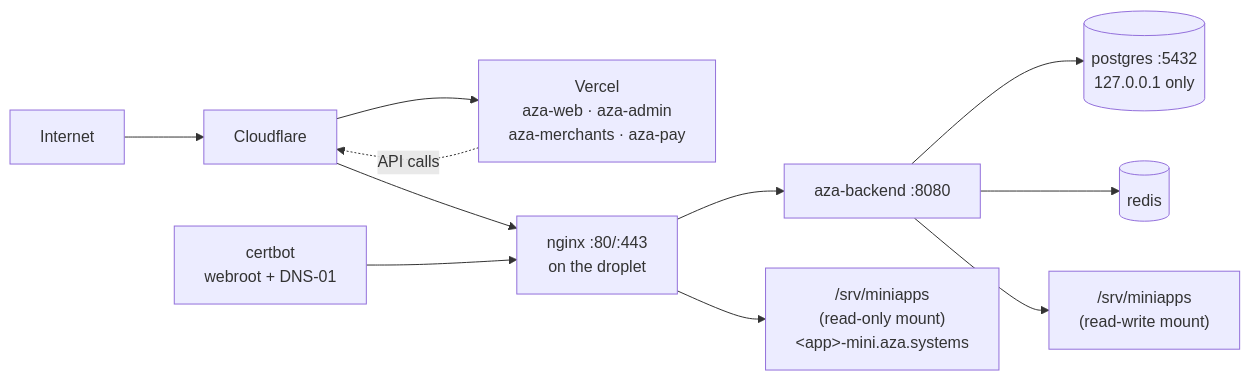
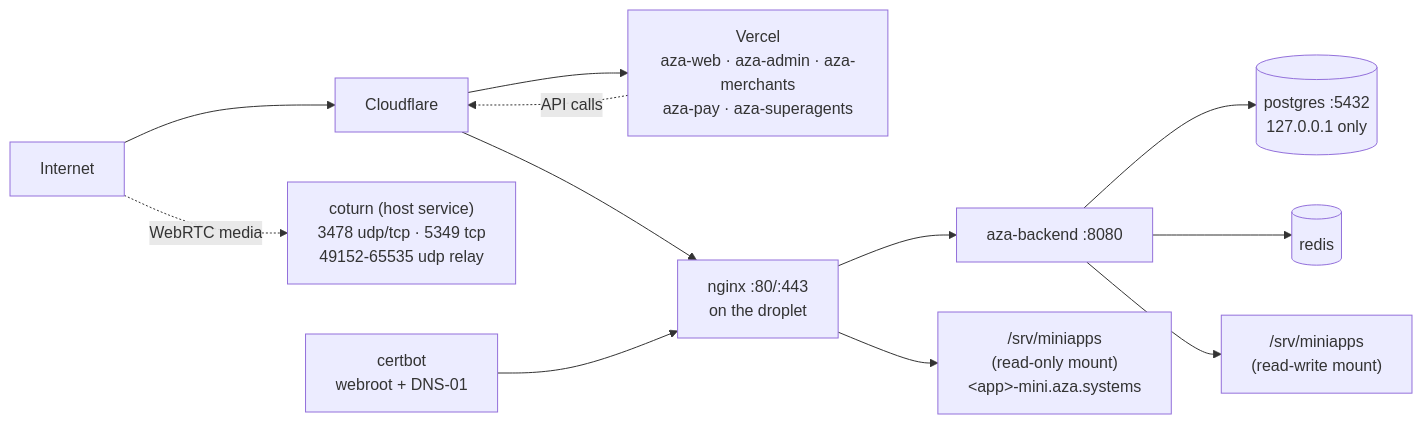
The third of 3 diagrams in docs/thesis/04-system-architecture.md (AZ-SPACES/project404), drawn with Mermaid before and after one commit. The commit also changed other lines of this file and 16 other files, not shown here.

Commit message:
docs: update thesis documentation to include the new aza-superagents console and account-scoped mobile persistence

````diff
--- a/docs/thesis/04-system-architecture.md
+++ b/docs/thesis/04-system-architecture.md
@@ -189,13 +249,14 @@
 ```mermaid
 graph LR
   I["Internet"] --> CF["Cloudflare"]
-  CF --> V["Vercel<br/>aza-web · aza-admin<br/>aza-merchants · aza-pay"]
+  CF --> V["Vercel<br/>aza-web · aza-admin · aza-merchants<br/>aza-pay · aza-superagents"]
   CF --> NX["nginx :80/:443<br/>on the droplet"]
   V -.API calls.-> CF
   NX --> BE["aza-backend :8080"]
   NX --> MB["/srv/miniapps<br/>(read-only mount)<br/>&lt;app&gt;-mini.aza.systems"]
   BE --> PGX[("postgres :5432<br/>127.0.0.1 only")]
   BE --> RD[("redis")]
   BE --> MBW["/srv/miniapps<br/>(read-write mount)"]
+  I -.WebRTC media.-> TR["coturn (host service)<br/>3478 udp/tcp · 5349 tcp<br/>49152-65535 udp relay"]
   CB["certbot<br/>webroot + DNS-01"] --> NX
 ```
````
